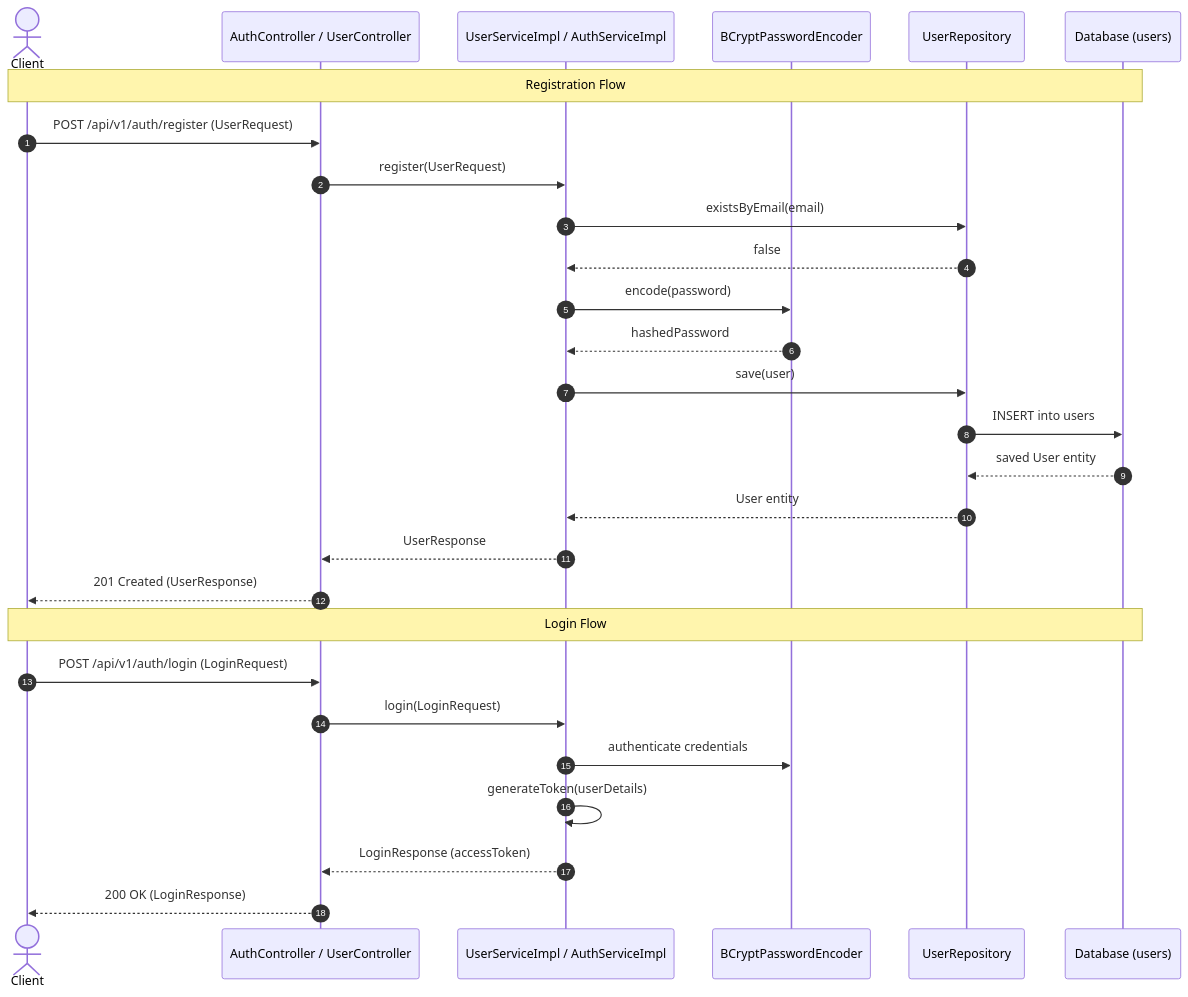
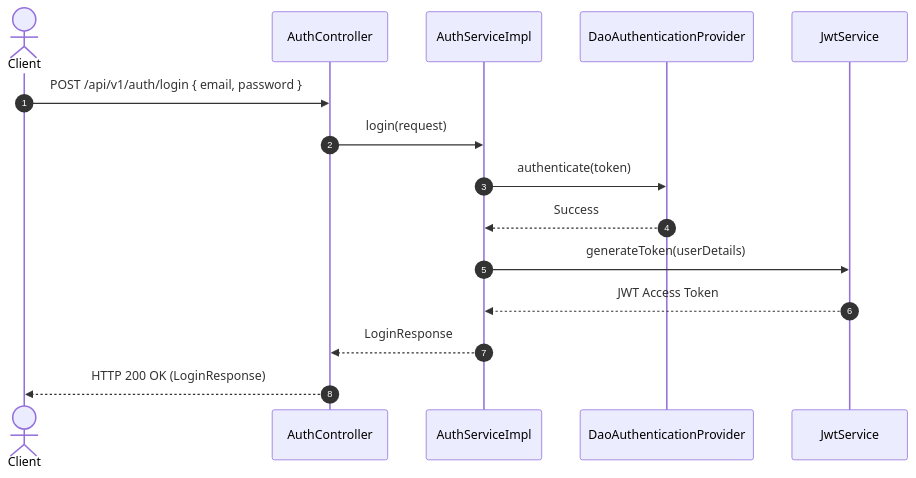
Before and after one commit to Amitgupta0001/amazon-scale-backend: the first of 2 diagrams in docs/User.md, drawn with Mermaid. The commit also changed other lines of this file and 26 other files, not shown here.

Commit message:
docs: document project architecture, API, security, database, and modules

````diff
--- a/docs/User.md
+++ b/docs/User.md
@@ -388,32 +161,18 @@
 ```mermaid
 sequenceDiagram
     autonumber
     actor Client
-    participant Controller as AuthController / UserController
-    participant Service as UserServiceImpl / AuthServiceImpl
-    participant Encrypt as BCryptPasswordEncoder
-    participant Repo as UserRepository
-    participant DB as Database (users)
+    participant Ctrl as AuthController
+    participant Svc as AuthServiceImpl
+    participant Provider as DaoAuthenticationProvider
+    participant JwtSvc as JwtService
 
-    Note over Client, DB: Registration Flow
-    Client->>Controller: POST /api/v1/auth/register (UserRequest)
-    Controller->>Service: register(UserRequest)
-    Service->>Repo: existsByEmail(email)
-    Repo-->>Service: false
-    Service->>Encrypt: encode(password)
-    Encrypt-->>Service: hashedPassword
-    Service->>Repo: save(user)
-    Repo->>DB: INSERT into users
-    DB-->>Repo: saved User entity
-    Repo-->>Service: User entity
-    Service-->>Controller: UserResponse
-    Controller-->>Client: 201 Created (UserResponse)
-
-    Note over Client, DB: Login Flow
-    Client->>Controller: POST /api/v1/auth/login (LoginRequest)
-    Controller->>Service: login(LoginRequest)
-    Service->>Encrypt: authenticate credentials
-    Service->>Service: generateToken(userDetails)
-    Service-->>Controller: LoginResponse (accessToken)
-    Controller-->>Client: 200 OK (LoginResponse)
+    Client->>Ctrl: POST /api/v1/auth/login { email, password }
+    Ctrl->>Svc: login(request)
+    Svc->>Provider: authenticate(token)
+    Provider-->>Svc: Success
+    Svc->>JwtSvc: generateToken(userDetails)
+    JwtSvc-->>Svc: JWT Access Token
+    Svc-->>Ctrl: LoginResponse
+    Ctrl-->>Client: HTTP 200 OK (LoginResponse)
 ```
````
